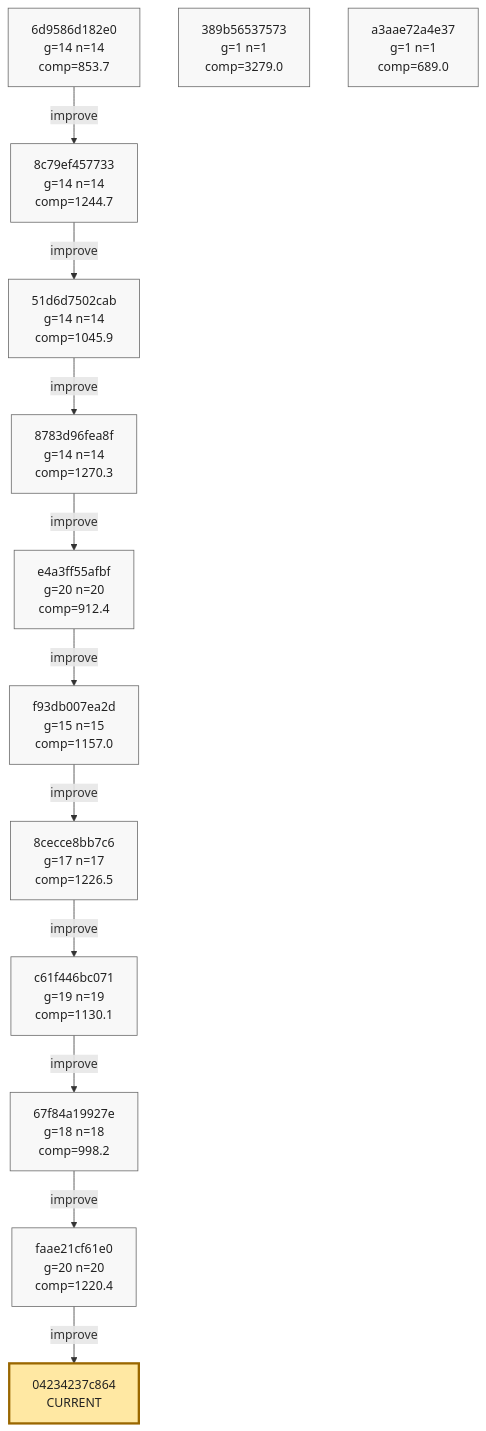
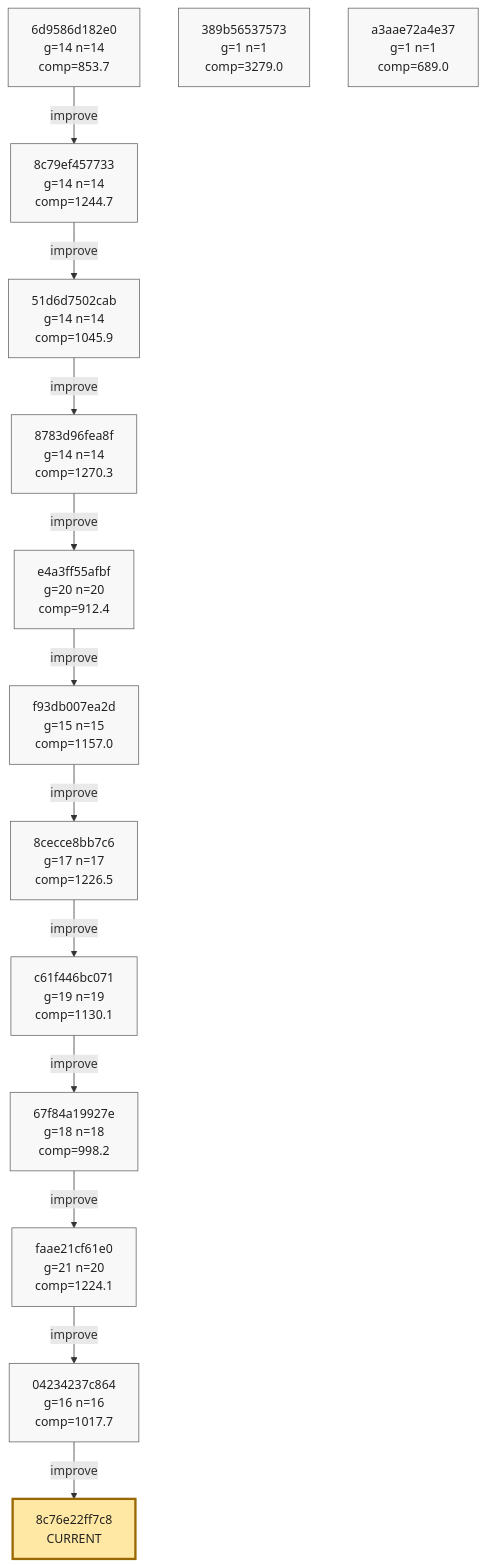
One commit to azumag/soviet_now changed the eighth of 8 diagrams in phyrogenetic-tree.md. Above: the diagram before and after it, drawn with Mermaid. The commit also changed other lines of this file and 2 other files, not shown here.

Commit message:
eloop Improve after 12 games (scores: 985 1437 2526 953 1163 681 1356 962 746 1245 1556 952)

````diff
--- a/phyrogenetic-tree.md
+++ b/phyrogenetic-tree.md
@@ -1937,46 +1937,49 @@
 ```mermaid
 flowchart TD
     h_6d9586d182e0["6d9586d182e0<br/>g=14 n=14<br/>comp=853.7"]
     h_8c79ef457733["8c79ef457733<br/>g=14 n=14<br/>comp=1244.7"]
     h_51d6d7502cab["51d6d7502cab<br/>g=14 n=14<br/>comp=1045.9"]
     h_8783d96fea8f["8783d96fea8f<br/>g=14 n=14<br/>comp=1270.3"]
     h_e4a3ff55afbf["e4a3ff55afbf<br/>g=20 n=20<br/>comp=912.4"]
     h_f93db007ea2d["f93db007ea2d<br/>g=15 n=15<br/>comp=1157.0"]
     h_8cecce8bb7c6["8cecce8bb7c6<br/>g=17 n=17<br/>comp=1226.5"]
     h_c61f446bc071["c61f446bc071<br/>g=19 n=19<br/>comp=1130.1"]
     h_67f84a19927e["67f84a19927e<br/>g=18 n=18<br/>comp=998.2"]
-    h_faae21cf61e0["faae21cf61e0<br/>g=20 n=20<br/>comp=1220.4"]
+    h_faae21cf61e0["faae21cf61e0<br/>g=21 n=20<br/>comp=1224.1"]
+    h_04234237c864["04234237c864<br/>g=16 n=16<br/>comp=1017.7"]
     h_389b56537573["389b56537573<br/>g=1 n=1<br/>comp=3279.0"]
     h_a3aae72a4e37["a3aae72a4e37<br/>g=1 n=1<br/>comp=689.0"]
-    h_04234237c864["04234237c864<br/>CURRENT"]
+    h_8c76e22ff7c8["8c76e22ff7c8<br/>CURRENT"]
 
     h_6d9586d182e0 -->|improve| h_8c79ef457733
     h_8c79ef457733 -->|improve| h_51d6d7502cab
     h_51d6d7502cab -->|improve| h_8783d96fea8f
     h_8783d96fea8f -->|improve| h_e4a3ff55afbf
     h_e4a3ff55afbf -->|improve| h_f93db007ea2d
     h_f93db007ea2d -->|improve| h_8cecce8bb7c6
     h_8cecce8bb7c6 -->|improve| h_c61f446bc071
     h_c61f446bc071 -->|improve| h_67f84a19927e
     h_67f84a19927e -->|improve| h_faae21cf61e0
     h_faae21cf61e0 -->|improve| h_04234237c864
+    h_04234237c864 -->|improve| h_8c76e22ff7c8
 
     classDef plain fill:#f8f8f8,stroke:#666,stroke-width:1px,color:#222;
     classDef current fill:#ffe8a3,stroke:#9a6700,stroke-width:3px,color:#222;
     classDef anchor fill:#d7f5dd,stroke:#1f6f43,stroke-width:3px,color:#222;
     classDef current_anchor fill:#f3e4a8,stroke:#1f6f43,stroke-width:4px,color:#222;
 
     class h_6d9586d182e0 plain;
     class h_8c79ef457733 plain;
     class h_51d6d7502cab plain;
     class h_8783d96fea8f plain;
     class h_e4a3ff55afbf plain;
     class h_f93db007ea2d plain;
     class h_8cecce8bb7c6 plain;
     class h_c61f446bc071 plain;
     class h_67f84a19927e plain;
     class h_faae21cf61e0 plain;
+    class h_04234237c864 plain;
     class h_389b56537573 plain;
     class h_a3aae72a4e37 plain;
-    class h_04234237c864 current;
+    class h_8c76e22ff7c8 current;
 ```
````
